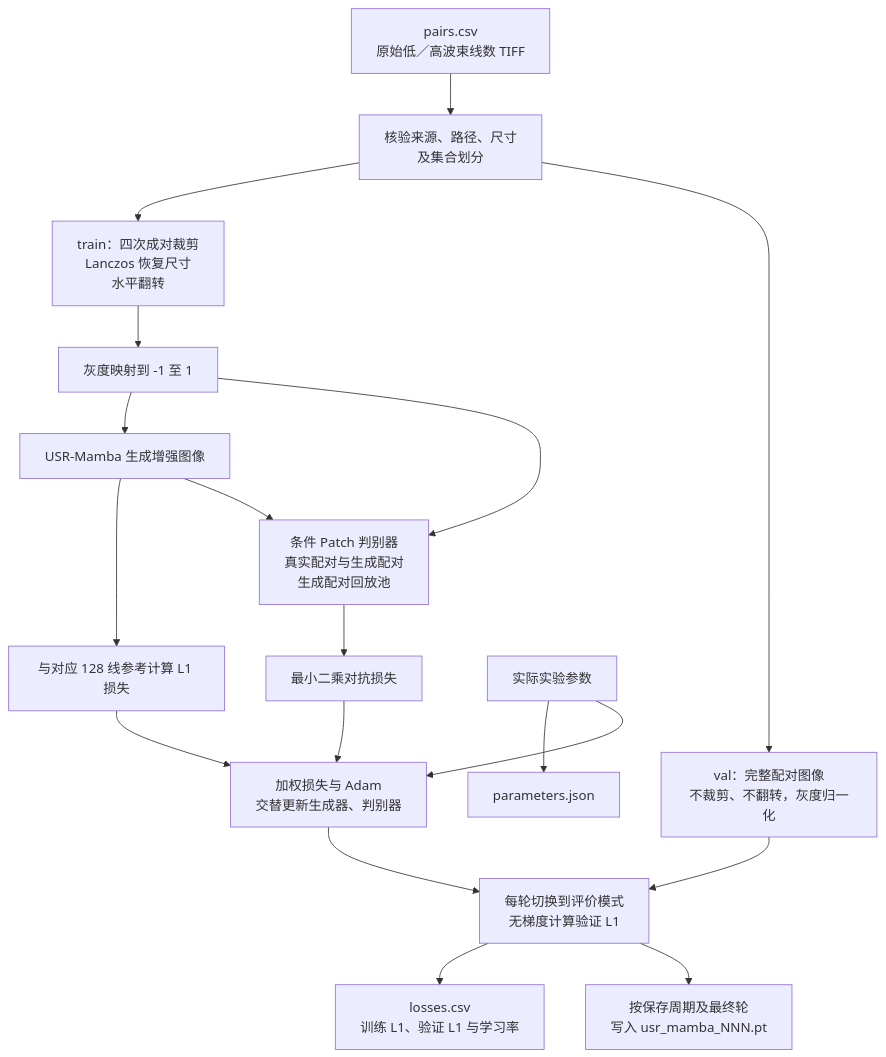
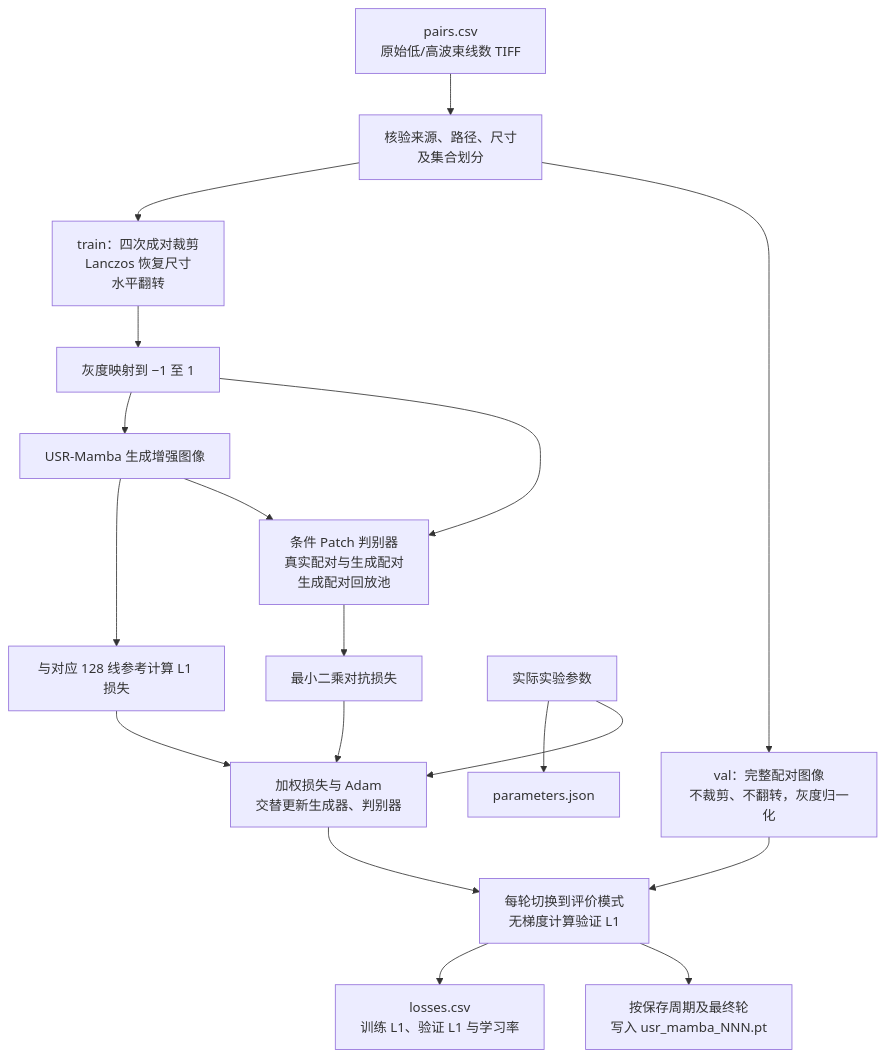
The fifth of 7 diagrams in README_zh-CN.md (LumaVistaLab/hevc-ksvd-mamba-for-ultrasound), drawn with Mermaid before and after one commit. The commit also changed other lines of this file and 3 other files, not shown here.

````diff
--- a/README_zh-CN.md
+++ b/README_zh-CN.md
@@ -452,20 +452,20 @@
 ```mermaid
 flowchart TD
-    Manifest["pairs.csv<br/>原始低／高波束线数 TIFF"] --> Check["核验来源、路径、尺寸<br/>及集合划分"]
+    Manifest["pairs.csv<br/>原始低/高波束线数 TIFF"] --> Check["核验来源、路径、尺寸<br/>及集合划分"]
     Check --> Train["train：四次成对裁剪<br/>Lanczos 恢复尺寸<br/>水平翻转"]
-    Train --> Normalize["灰度映射到 -1 至 1"]
+    Train --> Normalize["灰度映射到 −1 至 1"]
     Normalize --> Generator["USR-Mamba 生成增强图像"]
     Generator --> L1["与对应 128 线参考计算 L1 损失"]
     Normalize --> Discriminator["条件 Patch 判别器<br/>真实配对与生成配对<br/>生成配对回放池"]
     Generator --> Discriminator
     Discriminator --> Adversarial["最小二乘对抗损失"]
     L1 --> Update["加权损失与 Adam<br/>交替更新生成器、判别器"]
     Adversarial --> Update
     Check --> Validation["val：完整配对图像<br/>不裁剪、不翻转，灰度归一化"]
     Update --> Validate["每轮切换到评价模式<br/>无梯度计算验证 L1"]
     Validation --> Validate
     Validate --> Logs["losses.csv<br/>训练 L1、验证 L1 与学习率"]
     Validate --> Save["按保存周期及最终轮<br/>写入 usr_mamba_NNN.pt"]
     Parameters["实际实验参数"] --> Config["parameters.json"]
     Parameters --> Update
 ```
````
